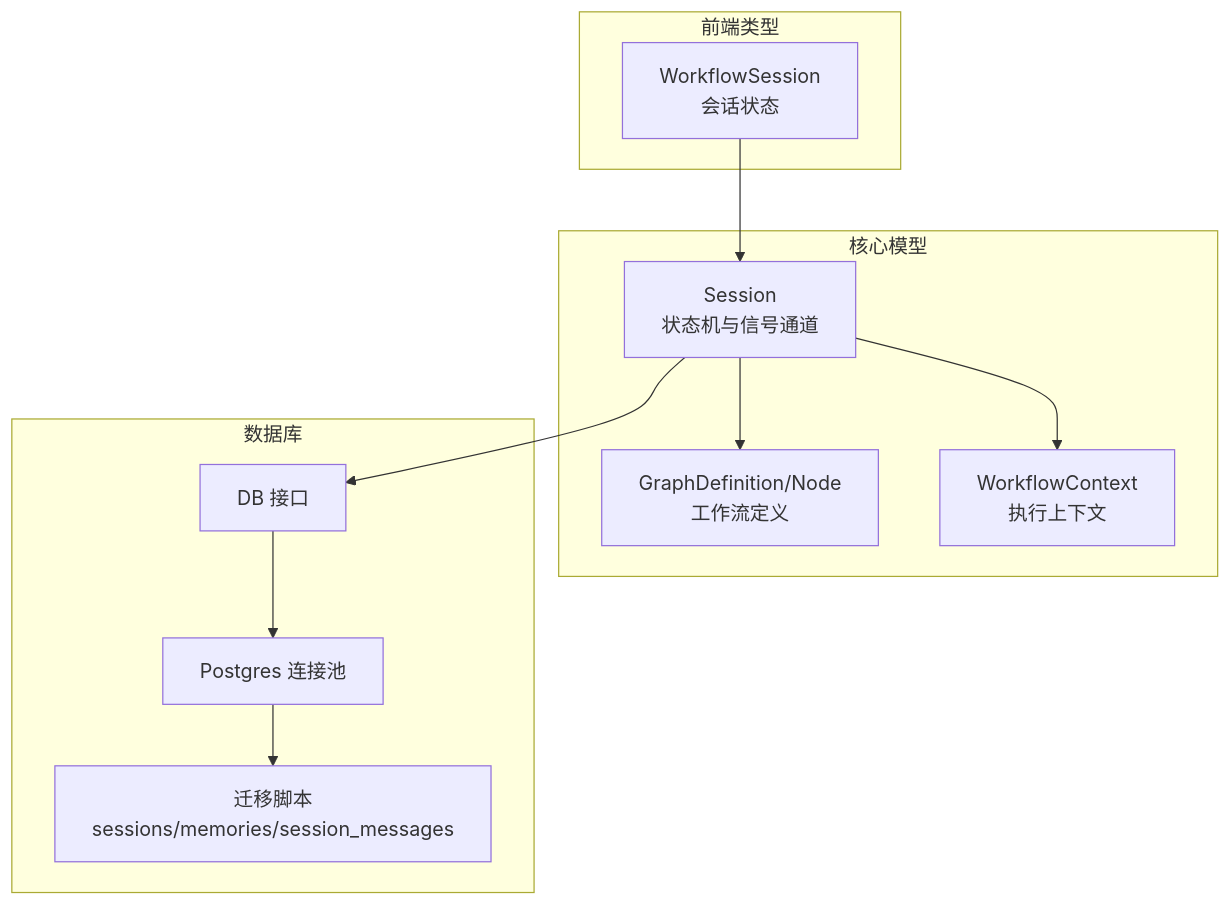
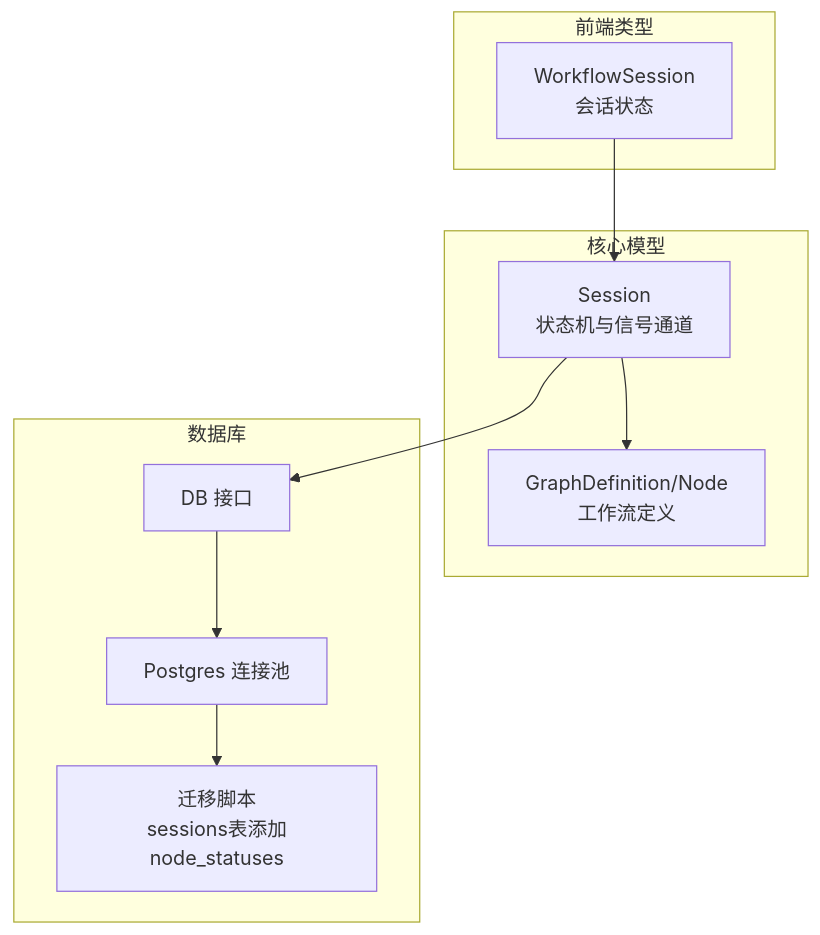
One commit to hrygo/council changed the first of 5 diagrams in .qoder/repowiki/zh/content/数据模型/核心实体模型/会话实体模型.md. Above: the diagram before and after it, drawn with Mermaid. The commit also changed other lines of this file and 19 other files, not shown here.

````diff
--- a/.qoder/repowiki/zh/content/数据模型/核心实体模型/会话实体模型.md
+++ b/.qoder/repowiki/zh/content/数据模型/核心实体模型/会话实体模型.md
@@ -51,22 +48,20 @@
 ```mermaid
 graph TB
 subgraph "核心模型"
 S["Session<br/>状态机与信号通道"]
 T["GraphDefinition/Node<br/>工作流定义"]
-Ctx["WorkflowContext<br/>执行上下文"]
 end
 subgraph "数据库"
 DBI["DB 接口"]
 PG["Postgres 连接池"]
-MIG["迁移脚本<br/>sessions/memories/session_messages"]
+MIG["迁移脚本<br/>sessions表添加node_statuses"]
 end
 subgraph "前端类型"
 FE["WorkflowSession<br/>会话状态"]
 end
 S --> T
-S --> Ctx
 S --> DBI
 DBI --> PG
 PG --> MIG
 FE --> S
 ```
````
